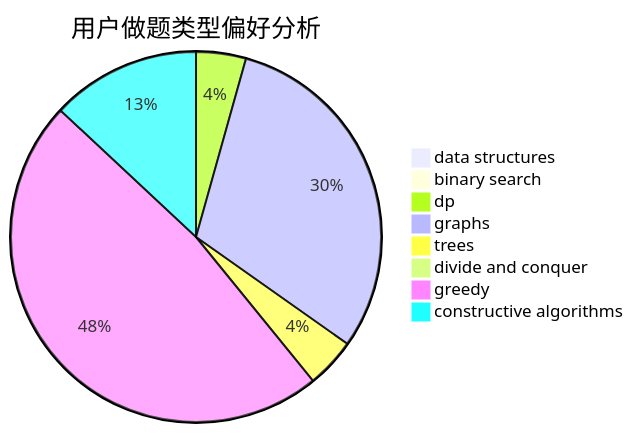
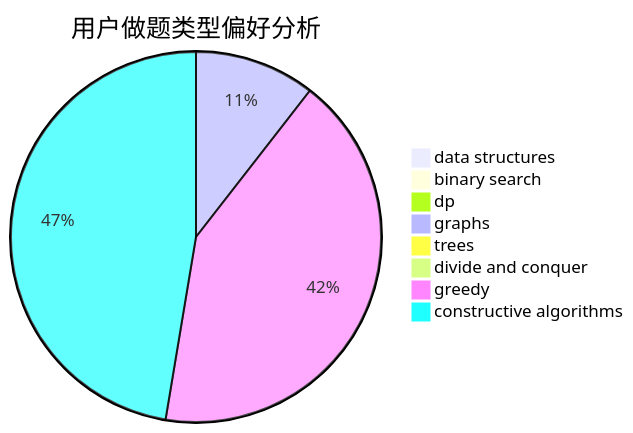
Before and after one commit to sherpahu/cfrs.github.io: the second of 3 diagrams in docs/user/u2378.md, drawn with Mermaid. The commit also changed other lines of this file and 2770 other files, not shown here.

````diff
--- a/docs/user/u2378.md
+++ b/docs/user/u2378.md
@@ -23,11 +23,11 @@
 ```mermaid
 pie title 用户做题类型偏好分析
     "data structures" :  0
     "binary search" :  0
-    "dp" :  1
-    "graphs" :  7
-    "trees" :  1
+    "dp" :  0
+    "graphs" :  2
+    "trees" :  0
     "divide and conquer" :  0
-    "greedy" :  11
-    "constructive algorithms" :  3
+    "greedy" :  8
+    "constructive algorithms" :  9
 ```
````
